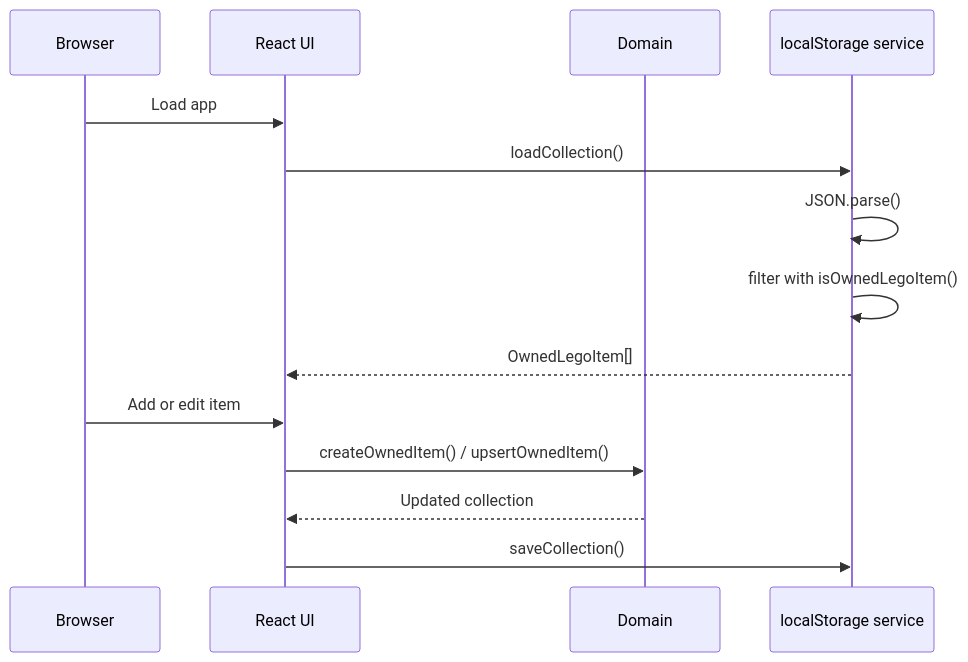
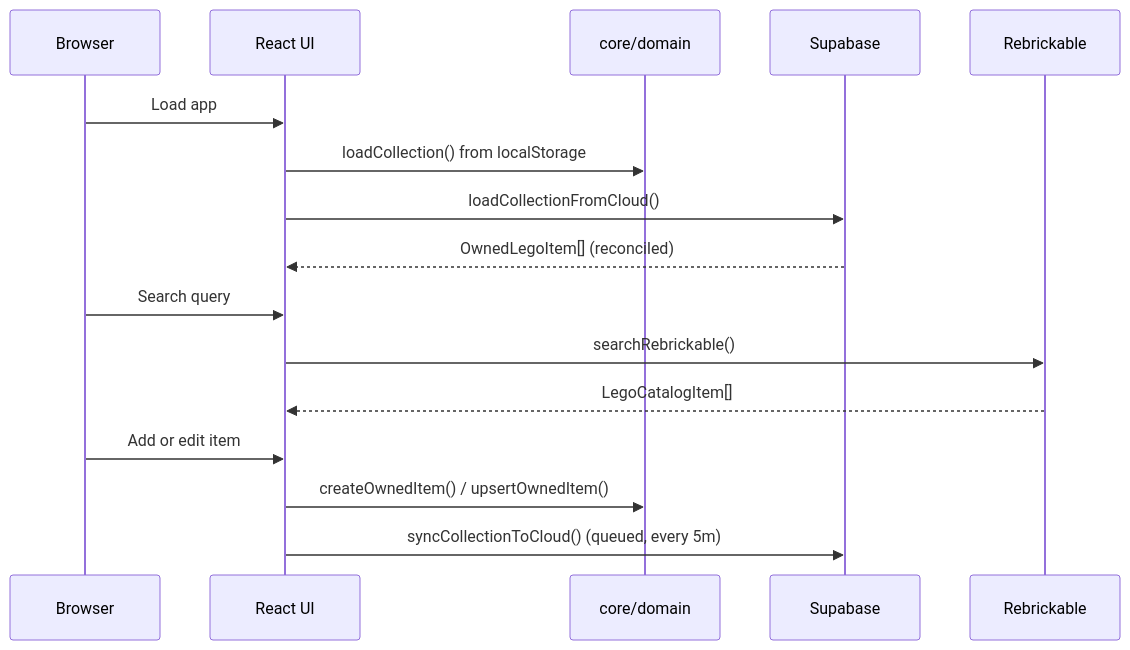
The second of 3 diagrams in docs/architecture.md (ahhrealmonstr/lego-tracker), drawn with Mermaid before and after one commit. The commit also changed other lines of this file and 26 other files, not shown here.

````diff
--- a/docs/architecture.md
+++ b/docs/architecture.md
@@ -36,17 +55,19 @@
 ```mermaid
 sequenceDiagram
   participant Browser
   participant UI as React UI
-  participant Domain
-  participant Storage as localStorage service
+  participant Domain as core/domain
+  participant Supabase
+  participant Rebrickable
 
   Browser->>UI: Load app
-  UI->>Storage: loadCollection()
-  Storage->>Storage: JSON.parse()
-  Storage->>Storage: filter with isOwnedLegoItem()
-  Storage-->>UI: OwnedLegoItem[]
+  UI->>Domain: loadCollection() from localStorage
+  UI->>Supabase: loadCollectionFromCloud()
+  Supabase-->>UI: OwnedLegoItem[] (reconciled)
+  Browser->>UI: Search query
+  UI->>Rebrickable: searchRebrickable()
+  Rebrickable-->>UI: LegoCatalogItem[]
   Browser->>UI: Add or edit item
   UI->>Domain: createOwnedItem() / upsertOwnedItem()
-  Domain-->>UI: Updated collection
-  UI->>Storage: saveCollection()
+  UI->>Supabase: syncCollectionToCloud() (queued, every 5m)
 ```
````
